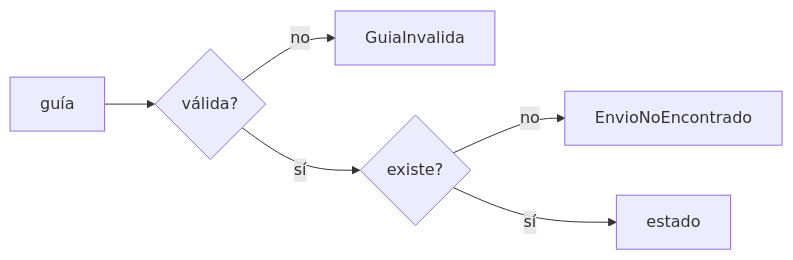
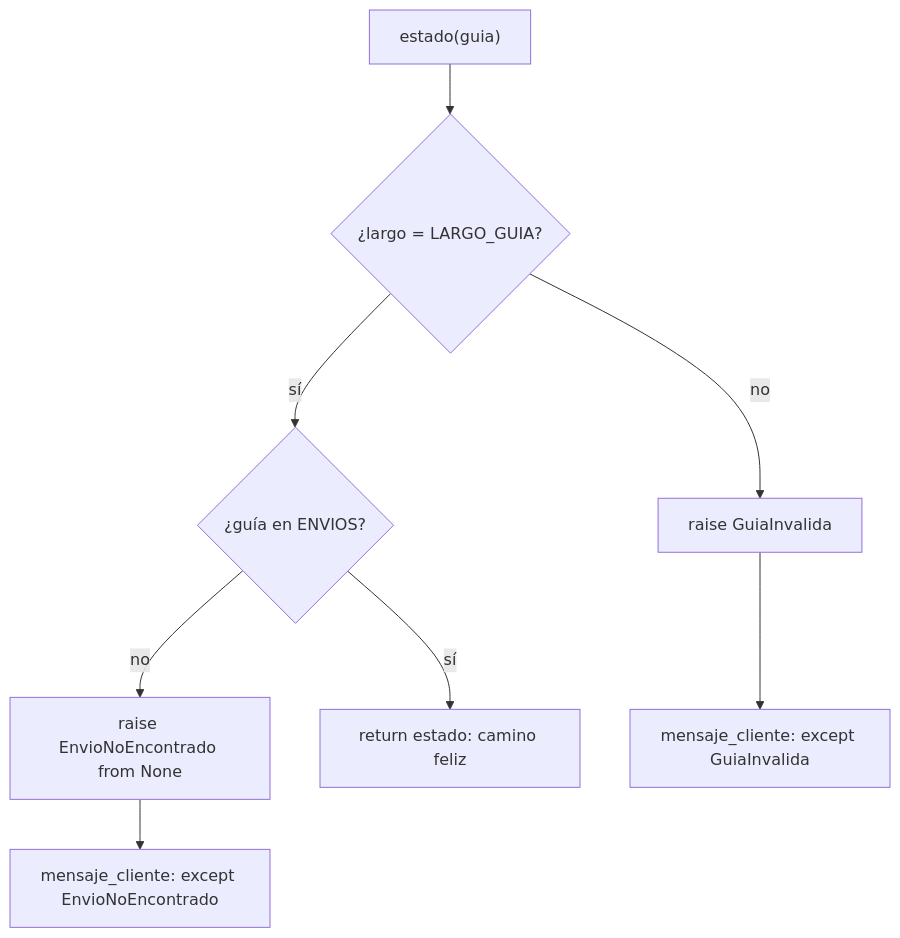
Before and after one commit to NICORUIZ93/The_Imperial_Book: the second of 4 diagrams in web/public/content/foundations/modulo-14.md, drawn with Mermaid. The commit also changed other lines of this file, not shown here.

````diff
--- a/web/public/content/foundations/modulo-14.md
+++ b/web/public/content/foundations/modulo-14.md
@@ -110,8 +603,10 @@
 ```mermaid
-flowchart LR
-    G[guía] --> V{válida?}
-    V -- no --> I[GuiaInvalida]
-    V -- sí --> B{existe?}
-    B -- no --> N[EnvioNoEncontrado]
-    B -- sí --> E[estado]
+flowchart TD
+    G["estado(guia)"] --> L{"¿largo = LARGO_GUIA?"}
+    L -- "no" --> I["raise GuiaInvalida"]
+    L -- "sí" --> B{"¿guía en ENVIOS?"}
+    B -- "no" --> N["raise EnvioNoEncontrado from None"]
+    B -- "sí" --> E["return estado: camino feliz"]
+    I --> M["mensaje_cliente: except GuiaInvalida"]
+    N --> M2["mensaje_cliente: except EnvioNoEncontrado"]
 ```
````
